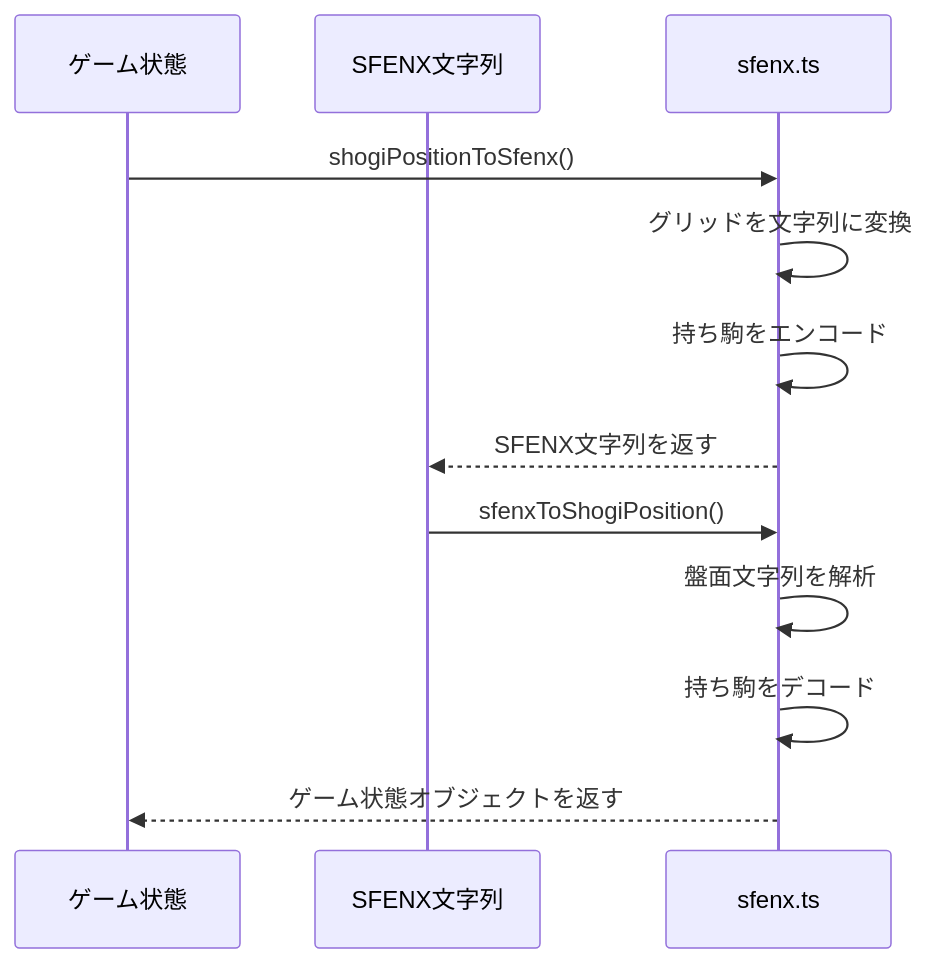
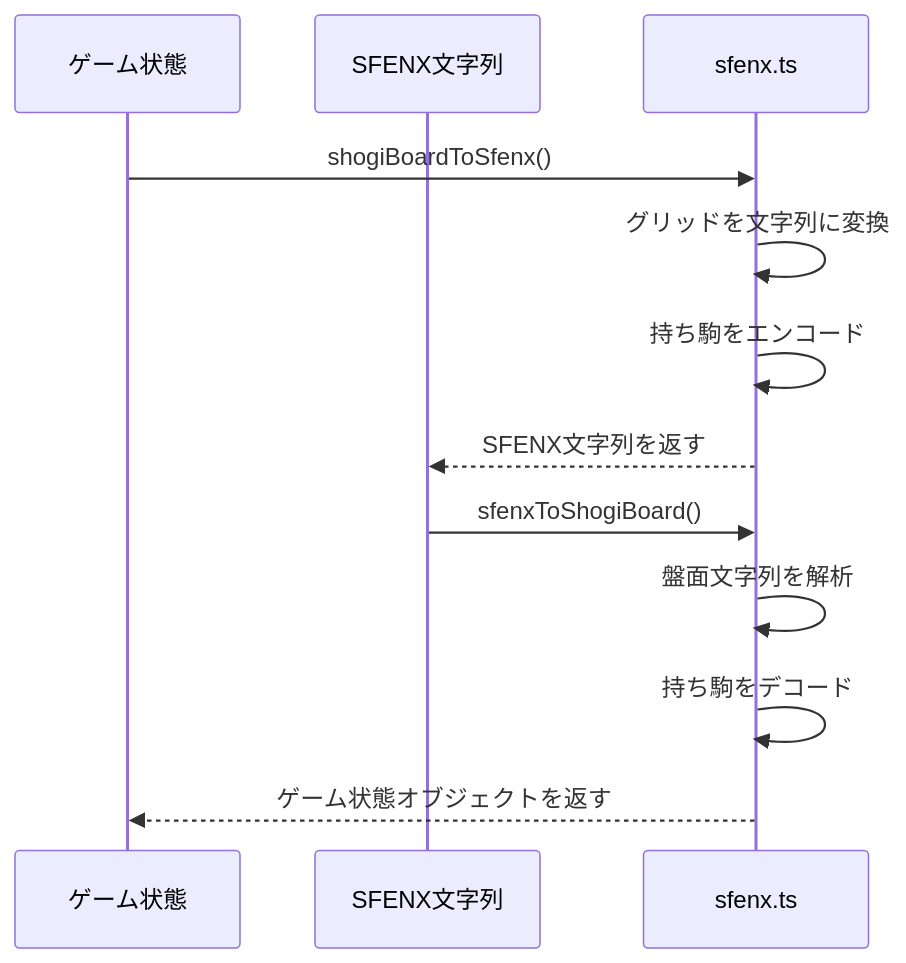
The fourth of 7 diagrams in .qoder/repowiki/ja/content/Core Concepts/Core Concepts.md (hashiryo/SvelteShogi), drawn with Mermaid before and after one commit. The commit also changed other lines of this file and 17 other files, not shown here.

````diff
--- a/.qoder/repowiki/ja/content/Core Concepts/Core Concepts.md
+++ b/.qoder/repowiki/ja/content/Core Concepts/Core Concepts.md
@@ -127,14 +139,14 @@
 ```mermaid
 sequenceDiagram
 participant Game as ゲーム状態
 participant SFENX as SFENX文字列
 participant Converter as sfenx.ts
-Game->>Converter : shogiPositionToSfenx()
+Game->>Converter : shogiBoardToSfenx()
 Converter->>Converter : グリッドを文字列に変換
 Converter->>Converter : 持ち駒をエンコード
 Converter-->>SFENX : SFENX文字列を返す
-SFENX->>Converter : sfenxToShogiPosition()
+SFENX->>Converter : sfenxToShogiBoard()
 Converter->>Converter : 盤面文字列を解析
 Converter->>Converter : 持ち駒をデコード
 Converter-->>Game : ゲーム状態オブジェクトを返す
 ```
````
